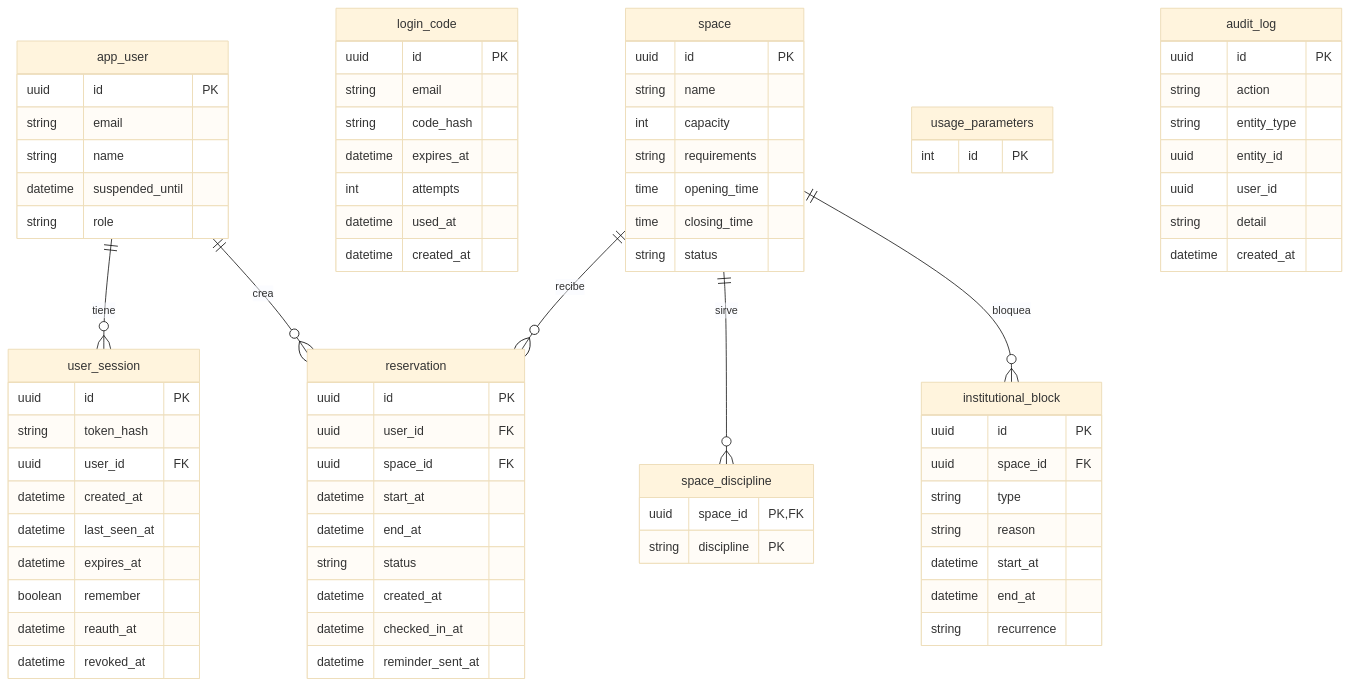
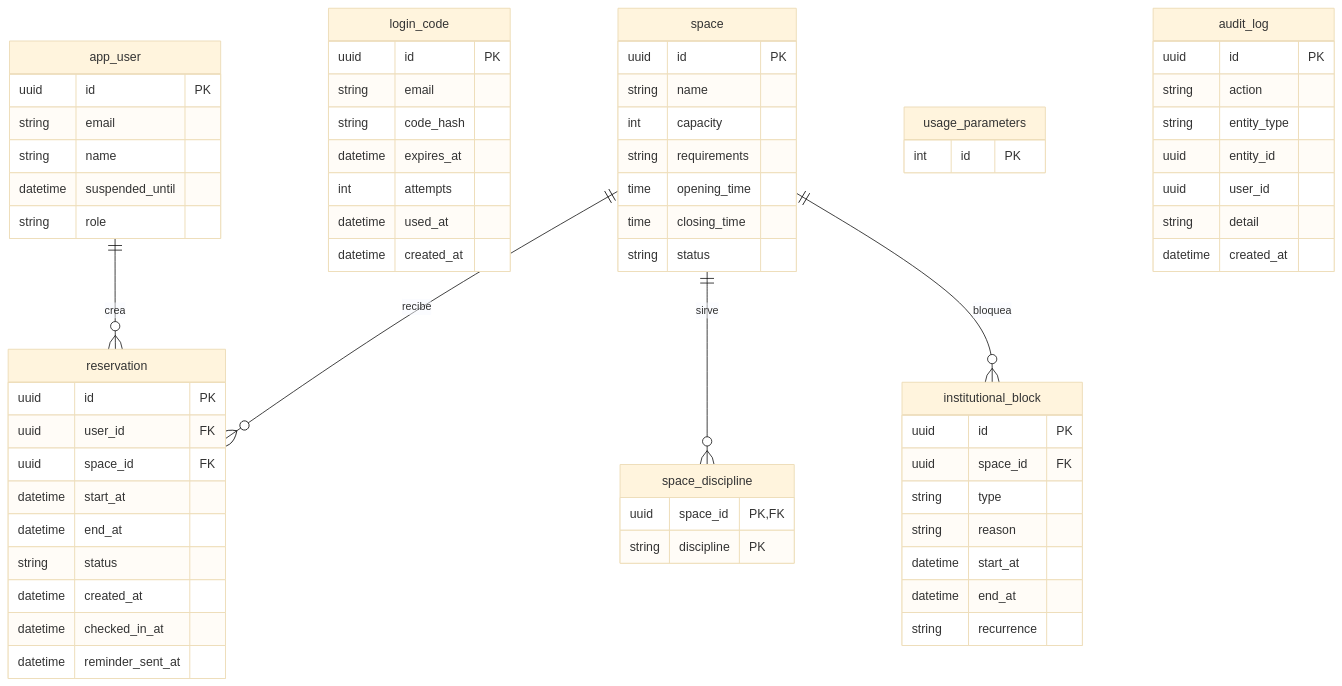
The second of 5 diagrams in docs/techincal-plan/plan-general.md (SebasTK2008/Unimag-Deportes), drawn with Mermaid (base theme) before and after one commit. The commit also changed other lines of this file, not shown here.

````diff
--- a/docs/techincal-plan/plan-general.md
+++ b/docs/techincal-plan/plan-general.md
@@ -207,81 +206,69 @@
 ```mermaid
 erDiagram
     app_user {
         uuid id PK
         string email
         string name
         datetime suspended_until
         string role
     }
     login_code {
         uuid id PK
         string email
         string code_hash
         datetime expires_at
         int attempts
         datetime used_at
         datetime created_at
-    }
-    user_session {
-        uuid id PK
-        string token_hash
-        uuid user_id FK
-        datetime created_at
-        datetime last_seen_at
-        datetime expires_at
-        boolean remember
-        datetime reauth_at
-        datetime revoked_at
     }
     space {
         uuid id PK
         string name
         int capacity
         string requirements
         time opening_time
         time closing_time
         string status
     }
     space_discipline {
         uuid space_id PK, FK
         string discipline PK
     }
     reservation {
         uuid id PK
         uuid user_id FK
         uuid space_id FK
         datetime start_at
         datetime end_at
         string status
         datetime created_at
         datetime checked_in_at
         datetime reminder_sent_at
     }
     institutional_block {
         uuid id PK
         uuid space_id FK
         string type
         string reason
         datetime start_at
         datetime end_at
         string recurrence
     }
     usage_parameters {
         int id PK
     }
     audit_log {
         uuid id PK
         string action
         string entity_type
         uuid entity_id
         uuid user_id
         string detail
         datetime created_at
     }
 
-    app_user ||--o{ user_session : tiene
     app_user ||--o{ reservation : crea
     space ||--o{ space_discipline : sirve
     space ||--o{ reservation : recibe
     space ||--o{ institutional_block : bloquea
 ```
````
